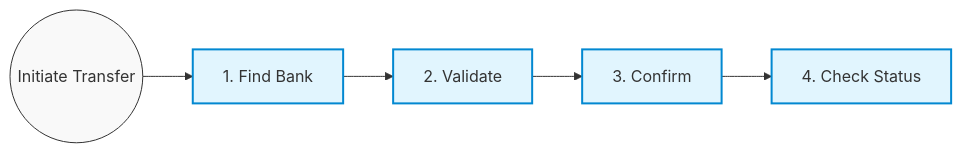
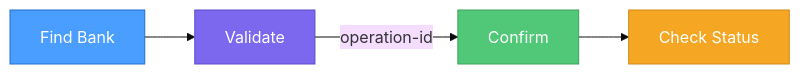
Before and after one commit to commitup/api-doc-v2: the diagram in docs/money-transfers/to-account/overview.md, drawn with Mermaid. The commit also changed other lines of this file and 2 other files, not shown here.

Commit message:
docs: update money transfer overview pages with standardized Mermaid flow diagrams

````diff
--- a/docs/money-transfers/to-account/overview.md
+++ b/docs/money-transfers/to-account/overview.md
@@ -13,19 +15,12 @@
 ```mermaid
-graph LR
-    Start((Initiate Transfer)) --> FindBank[1. Find Bank]
-    FindBank --> Validate[2. Validate]
-    Validate --> Confirm[3. Confirm]
-    Confirm --> CheckStatus[4. Check Status]
-    
-    %% Colors
-    classDef default fill:#f9f9f9,stroke:#333,stroke-width:1px
-    classDef highlight fill:#e1f5fe,stroke:#0288d1,stroke-width:2px
-    classDef terminal fill:#fff4dd,stroke:#d4a017,stroke-width:2px
-    
-    %% Styling
-    style FindBank fill:#e1f5fe,stroke:#0288d1,stroke-width:2px
-    style Validate fill:#e1f5fe,stroke:#0288d1,stroke-width:2px
-    style Confirm fill:#e1f5fe,stroke:#0288d1,stroke-width:2px
-    style CheckStatus fill:#e1f5fe,stroke:#0288d1,stroke-width:2px
-    style Start fill:#f9f9f9,stroke:#333,stroke-width:1px
+%%{init: {'theme': 'base', 'themeVariables': {'fontSize': '16px', 'fontFamily': 'arial'}}}%%
+flowchart LR
+    A["Find Bank"] --> G["Validate"]
+    G -->|operation-id| H["Confirm"]
+    H --> I["Check Status"]
+
+    style A fill:#4a9eff,stroke:#2171cc,color:#fff
+    style G fill:#7b68ee,stroke:#5a4bc7,color:#fff
+    style H fill:#50c878,stroke:#3da35d,color:#fff
+    style I fill:#f5a623,stroke:#d4891a,color:#fff
 ```
````
